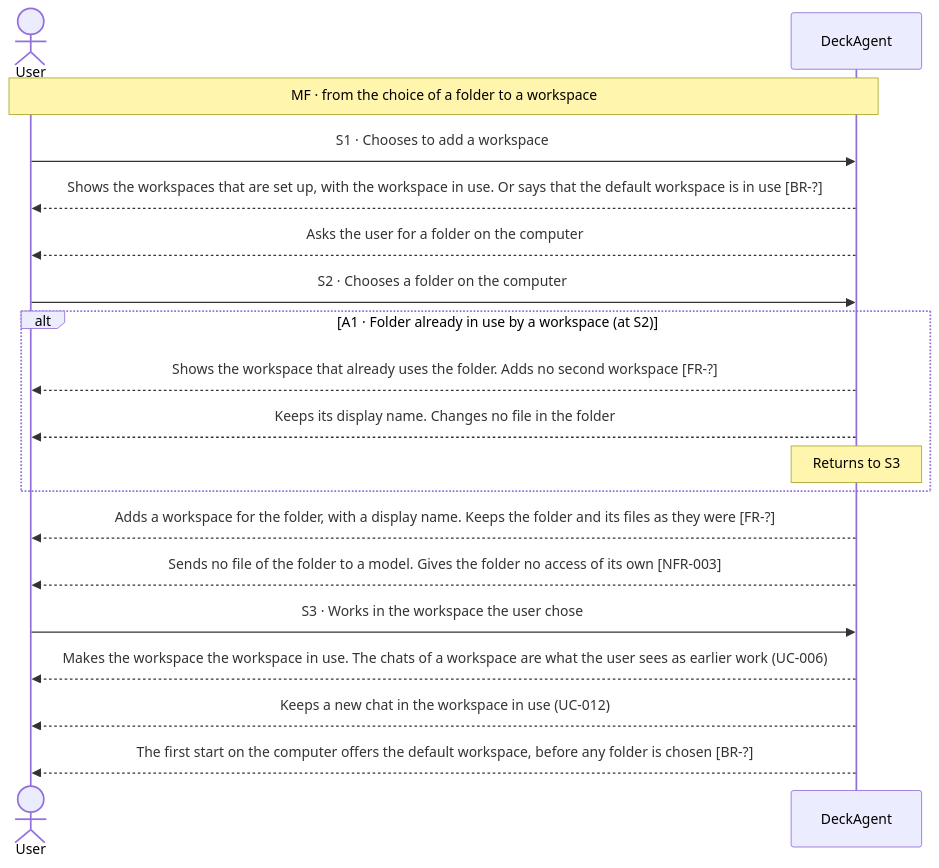
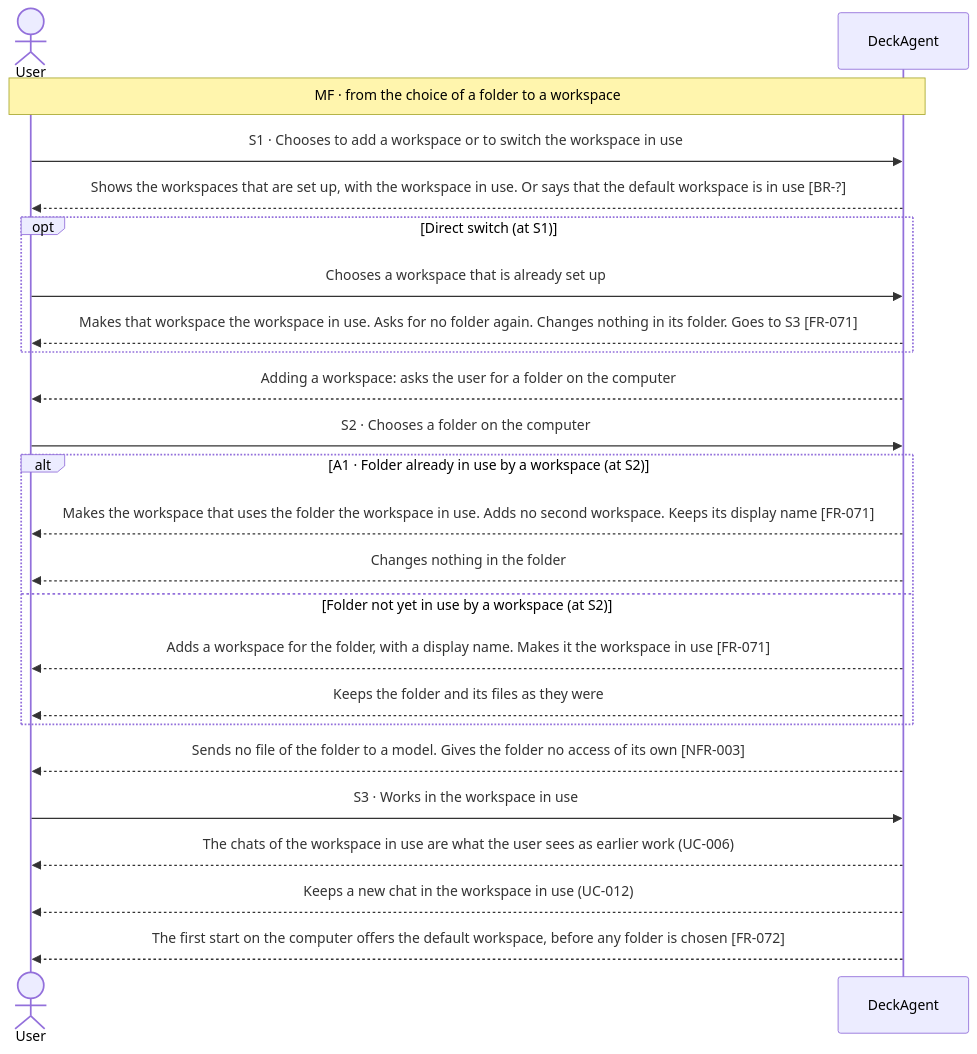
The first of 2 diagrams in docs/spec/03-use-cases/UC-013.md (Luke23127006/DeckAgent), drawn with Mermaid before and after one commit. The commit also changed other lines of this file and 128 other files, not shown here.

````diff
--- a/docs/spec/03-use-cases/UC-013.md
+++ b/docs/spec/03-use-cases/UC-013.md
@@ -43,21 +41,26 @@
 ```mermaid
 sequenceDiagram
     actor User
     participant DeckAgent
     Note over User,DeckAgent: MF · from the choice of a folder to a workspace
-    User->>DeckAgent: S1 · Chooses to add a workspace
+    User->>DeckAgent: S1 · Chooses to add a workspace or to switch the workspace in use
     DeckAgent-->>User: Shows the workspaces that are set up, with the workspace in use. Or says that the default workspace is in use [BR-?]
-    DeckAgent-->>User: Asks the user for a folder on the computer
+    opt Direct switch (at S1)
+        User->>DeckAgent: Chooses a workspace that is already set up
+        DeckAgent-->>User: Makes that workspace the workspace in use. Asks for no folder again. Changes nothing in its folder. Goes to S3 [FR-071]
+    end
+    DeckAgent-->>User: Adding a workspace: asks the user for a folder on the computer
     User->>DeckAgent: S2 · Chooses a folder on the computer
     alt A1 · Folder already in use by a workspace (at S2)
-        DeckAgent-->>User: Shows the workspace that already uses the folder. Adds no second workspace [FR-?]
-        DeckAgent-->>User: Keeps its display name. Changes no file in the folder
-        note over DeckAgent: Returns to S3
+        DeckAgent-->>User: Makes the workspace that uses the folder the workspace in use. Adds no second workspace. Keeps its display name [FR-071]
+        DeckAgent-->>User: Changes nothing in the folder
+    else Folder not yet in use by a workspace (at S2)
+        DeckAgent-->>User: Adds a workspace for the folder, with a display name. Makes it the workspace in use [FR-071]
+        DeckAgent-->>User: Keeps the folder and its files as they were
     end
-    DeckAgent-->>User: Adds a workspace for the folder, with a display name. Keeps the folder and its files as they were [FR-?]
     DeckAgent-->>User: Sends no file of the folder to a model. Gives the folder no access of its own [NFR-003]
-    User->>DeckAgent: S3 · Works in the workspace the user chose
-    DeckAgent-->>User: Makes the workspace the workspace in use. The chats of a workspace are what the user sees as earlier work (UC-006)
+    User->>DeckAgent: S3 · Works in the workspace in use
+    DeckAgent-->>User: The chats of the workspace in use are what the user sees as earlier work (UC-006)
     DeckAgent-->>User: Keeps a new chat in the workspace in use (UC-012)
-    DeckAgent-->>User: The first start on the computer offers the default workspace, before any folder is chosen [BR-?]
+    DeckAgent-->>User: The first start on the computer offers the default workspace, before any folder is chosen [FR-072]
 ```
````
